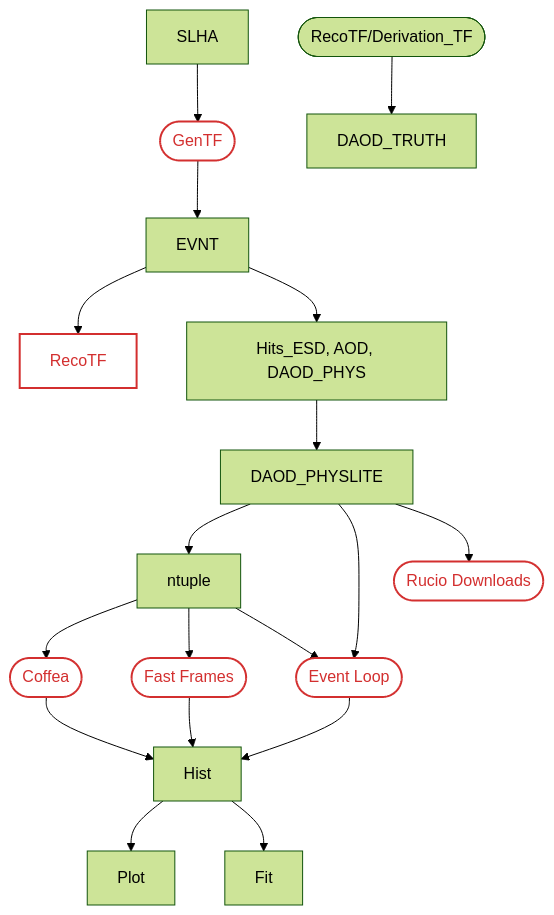
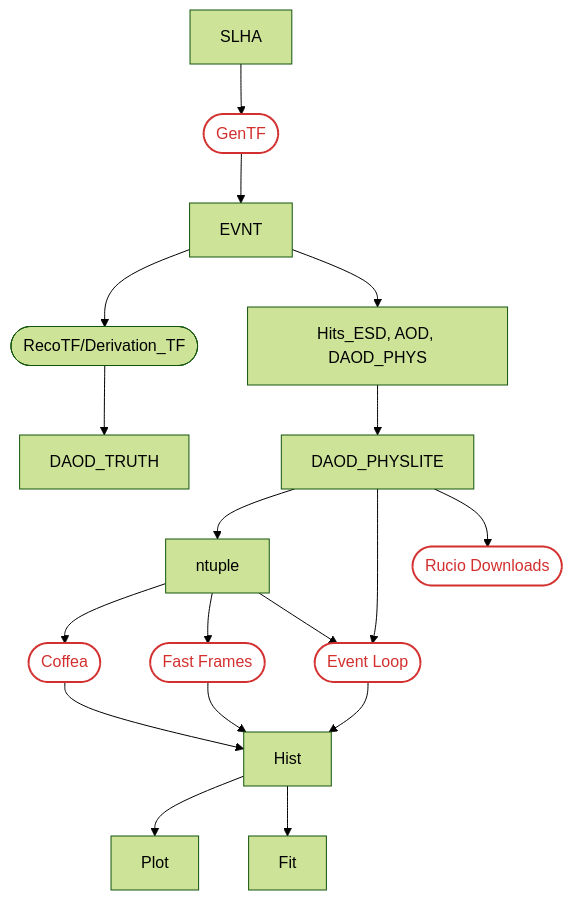
Before and after one commit to usatlas/AF-Benchmarking: the diagram in docs/flowChart.md, drawn with Mermaid (forest theme).

````diff
--- a/docs/flowChart.md
+++ b/docs/flowChart.md
@@ -1,42 +1,42 @@
 ```mermaid
 flowchart TD
     SLHA --> GenTF
     GenTF --> EVNT
-    EVNT --> RecoTF
+    EVNT --> RecoTF/Derivation_TF
     RecoTF/Derivation_TF --> DAOD_TRUTH
     Event_Loop --> Hist
 
     EVNT--> bash["Hits_ESD, AOD, DAOD_PHYS"]
     bash["Hits_ESD, AOD, DAOD_PHYS"] --> DAOD_PHYSLITE
 
     ntuple --> Coffea
     Coffea --> Hist
 
     ntuple --> Fast_Frames
     Fast_Frames --> Hist
 
     ntuple --> Event_Loop
     DAOD_PHYSLITE --> ntuple
     DAOD_PHYSLITE --> Event_Loop
     DAOD_PHYSLITE --> Rucio_Downloads
 
     Hist --> Plot
     Hist --> Fit
 
     click Event_Loop "https://github.com/usatlas/AF-Benchmarking/tree/main/event_loop" "Event Loop documentation"
     click Coffea "https://github.com/usatlas/AF-Benchmarking/tree/main/NTuple_Hist/coffea" "Coffea documentation"
     click Fast_Frames "https://github.com/usatlas/AF-Benchmarking/tree/main/NTuple_Hist/fastframes" "Fast Frames documentation"
     click Rucio_Downloads "https://github.com/usatlas/AF-Benchmarking/blob/main/Rucio/rucio_script.sh" "'Rucio Downloads' Script"
     click GenTF "https://github.com/usatlas/AF-Benchmarking/tree/main/EVNT" "EVNT Job Scripts"
     click RecoTF/Derivation_TF "https://github.com/usatlas/AF-Benchmarking/tree/main/TRUTH3" "TRUTH3 Job Scripts"
 
     Event_Loop(["Event Loop"])
     Coffea(["Coffea"])
     Fast_Frames(["Fast Frames"])
     Rucio_Downloads(["Rucio Downloads"])
     GenTF(["GenTF"])
     RecoTF/Derivation_TF(["RecoTF/Derivation_TF"])
     
     classDef method fill:transparent,stroke:#d32f2f,stroke-width:2px,color:#d32f2f;
     class Event_Loop,Coffea,Fast_Frames,Rucio_Downloads,GenTF,RecoTF method;
 ```
````
